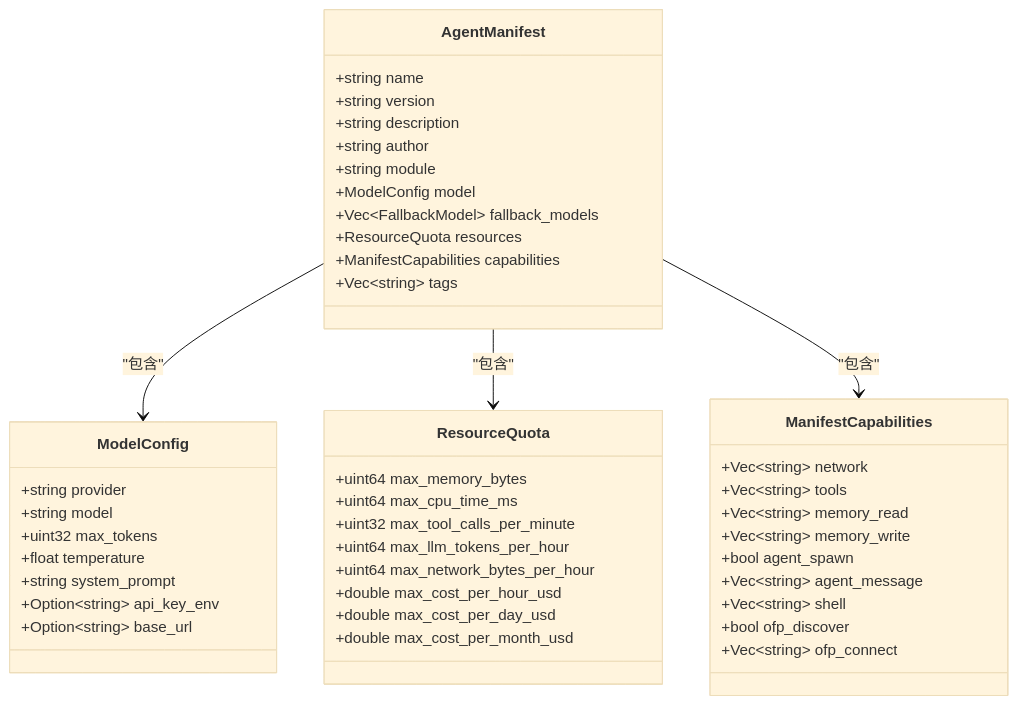
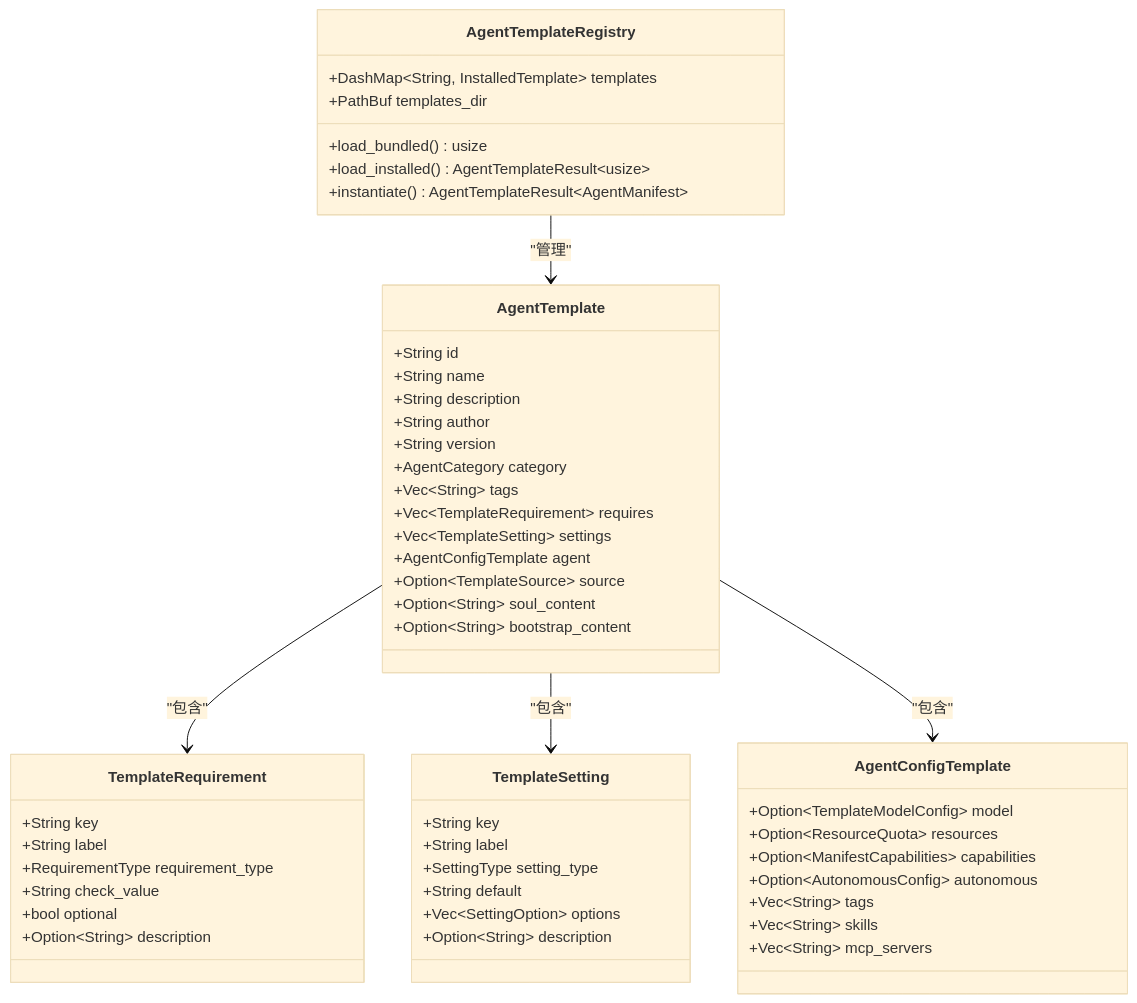
Before and after one commit to hexiaowen-bot/openfang: the fourth of 4 diagrams in .qoder/repowiki/zh/content/开发者指南/扩展开发指南/智能体模板开发.md, drawn with Mermaid (base theme). The commit also changed other lines of this file and 65 other files, not shown here.

````diff
--- a/.qoder/repowiki/zh/content/开发者指南/扩展开发指南/智能体模板开发.md
+++ b/.qoder/repowiki/zh/content/开发者指南/扩展开发指南/智能体模板开发.md
@@ -229,48 +370,54 @@
 ```mermaid
 classDiagram
-class AgentManifest {
-+string name
-+string version
-+string description
-+string author
-+string module
-+ModelConfig model
-+Vec~FallbackModel~ fallback_models
-+ResourceQuota resources
-+ManifestCapabilities capabilities
-+Vec~string~ tags
+class AgentTemplate {
++String id
++String name
++String description
++String author
++String version
++AgentCategory category
++Vec~String~ tags
++Vec~TemplateRequirement~ requires
++Vec~TemplateSetting~ settings
++AgentConfigTemplate agent
++Option~TemplateSource~ source
++Option~String~ soul_content
++Option~String~ bootstrap_content
 }
-class ModelConfig {
-+string provider
-+string model
-+uint32 max_tokens
-+float temperature
-+string system_prompt
-+Option~string~ api_key_env
-+Option~string~ base_url
+class TemplateRequirement {
++String key
++String label
++RequirementType requirement_type
++String check_value
++bool optional
++Option~String~ description
 }
-class ResourceQuota {
-+uint64 max_memory_bytes
-+uint64 max_cpu_time_ms
-+uint32 max_tool_calls_per_minute
-+uint64 max_llm_tokens_per_hour
-+uint64 max_network_bytes_per_hour
-+double max_cost_per_hour_usd
-+double max_cost_per_day_usd
-+double max_cost_per_month_usd
+class TemplateSetting {
++String key
++String label
++SettingType setting_type
++String default
++Vec~SettingOption~ options
++Option~String~ description
 }
-class ManifestCapabilities {
-+Vec~string~ network
-+Vec~string~ tools
-+Vec~string~ memory_read
-+Vec~string~ memory_write
-+bool agent_spawn
-+Vec~string~ agent_message
-+Vec~string~ shell
-+bool ofp_discover
-+Vec~string~ ofp_connect
+class AgentConfigTemplate {
++Option~TemplateModelConfig~ model
++Option~ResourceQuota~ resources
++Option~ManifestCapabilities~ capabilities
++Option~AutonomousConfig~ autonomous
++Vec~String~ tags
++Vec~String~ skills
++Vec~String~ mcp_servers
 }
-AgentManifest --> ModelConfig : "包含"
-AgentManifest --> ResourceQuota : "包含"
-AgentManifest --> ManifestCapabilities : "包含"
+class AgentTemplateRegistry {
++DashMap~String, InstalledTemplate~ templates
++PathBuf templates_dir
++load_bundled() usize
++load_installed() AgentTemplateResult~usize~
++instantiate() AgentTemplateResult~AgentManifest~
+}
+AgentTemplate --> TemplateRequirement : "包含"
+AgentTemplate --> TemplateSetting : "包含"
+AgentTemplate --> AgentConfigTemplate : "包含"
+AgentTemplateRegistry --> AgentTemplate : "管理"
 ```
````
